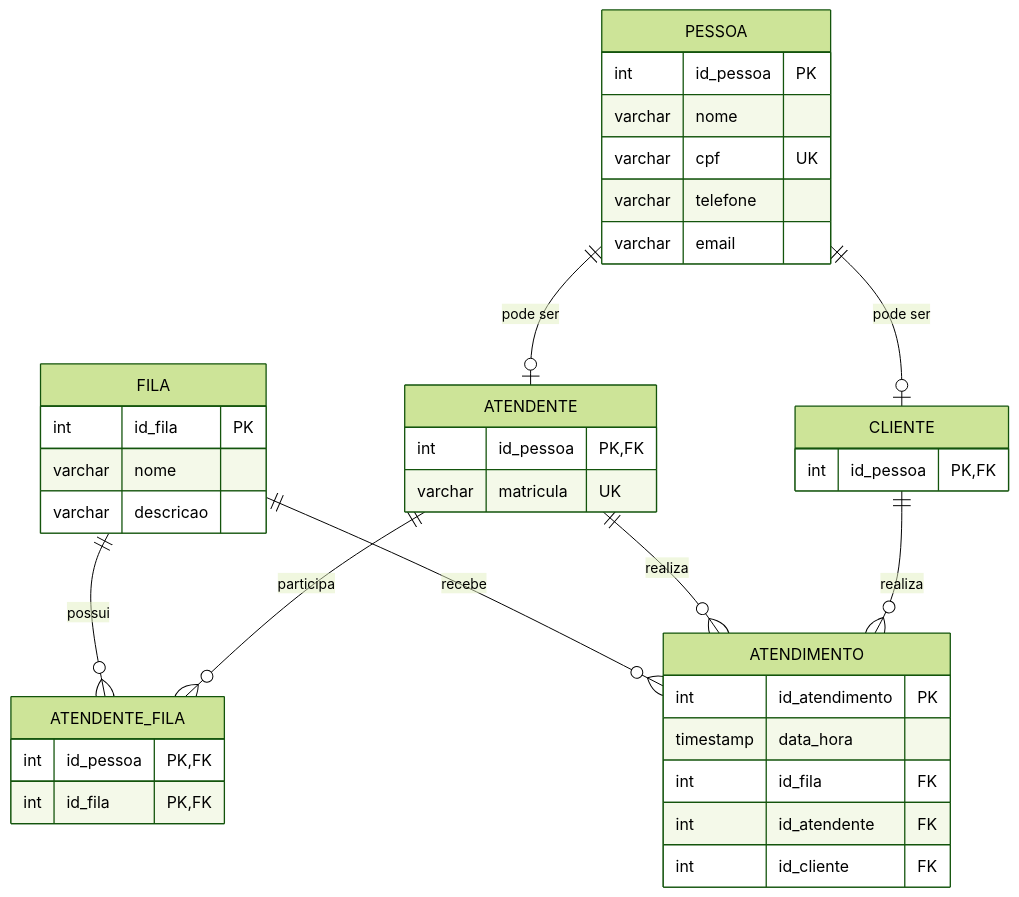
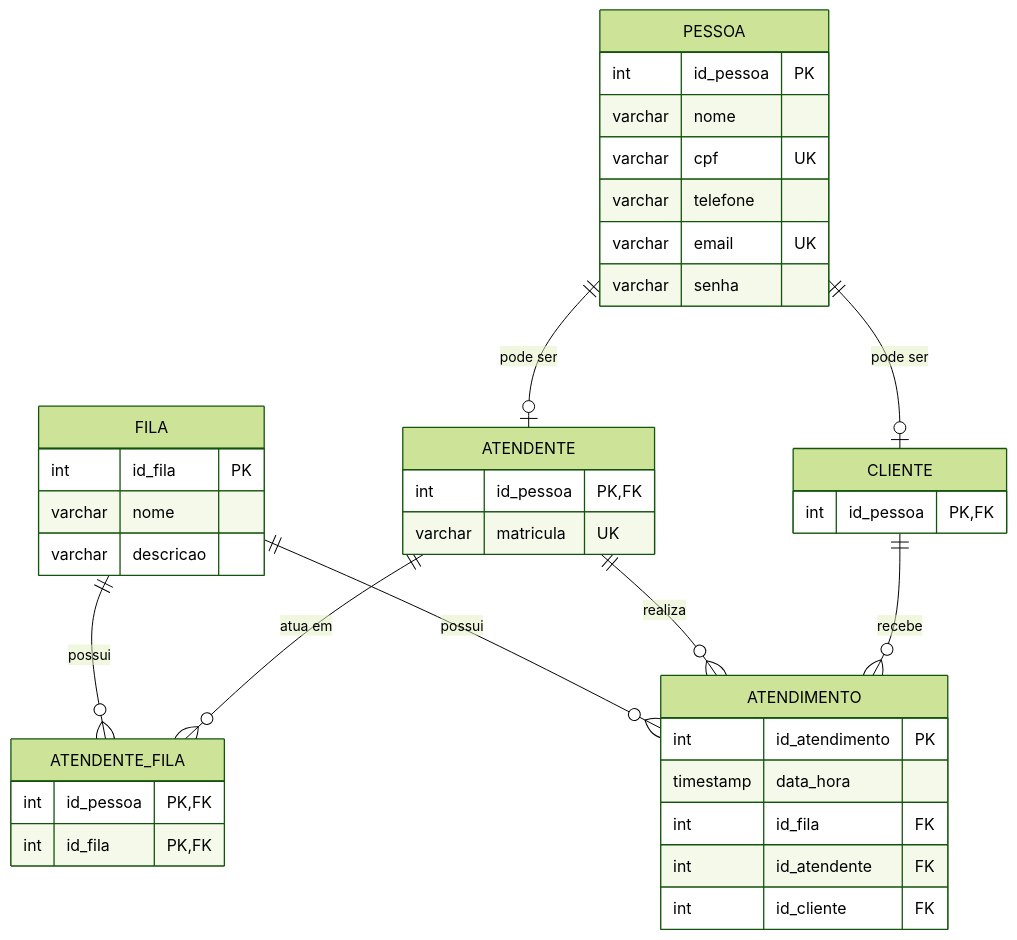
The diagram in readme.md (Livia2896/Projeto-Banco-de-dados-03), drawn with Mermaid (forest theme) before and after one commit. The commit also changed other lines of this file, not shown here.

````diff
--- a/readme.md
+++ b/readme.md
@@ -25,49 +27,50 @@
 ```mermaid
 erDiagram
 
     PESSOA ||--o| ATENDENTE : "pode ser"
     PESSOA ||--o| CLIENTE : "pode ser"
 
-    ATENDENTE ||--o{ ATENDENTE_FILA : participa
-    FILA ||--o{ ATENDENTE_FILA : possui
+    ATENDENTE ||--o{ ATENDENTE_FILA : "atua em"
+    FILA ||--o{ ATENDENTE_FILA : "possui"
 
-    CLIENTE ||--o{ ATENDIMENTO : realiza
-    ATENDENTE ||--o{ ATENDIMENTO : realiza
-    FILA ||--o{ ATENDIMENTO : recebe
+    CLIENTE ||--o{ ATENDIMENTO : "recebe"
+    ATENDENTE ||--o{ ATENDIMENTO : "realiza"
+    FILA ||--o{ ATENDIMENTO : "possui"
 
     PESSOA {
         int id_pessoa PK
         varchar nome
         varchar cpf UK
         varchar telefone
-        varchar email
+        varchar email UK
+        varchar senha
     }
 
     ATENDENTE {
         int id_pessoa PK, FK
         varchar matricula UK
     }
 
     CLIENTE {
         int id_pessoa PK, FK
     }
 
     FILA {
         int id_fila PK
         varchar nome
         varchar descricao
     }
 
     ATENDENTE_FILA {
         int id_pessoa PK, FK
         int id_fila PK, FK
     }
 
     ATENDIMENTO {
         int id_atendimento PK
         timestamp data_hora
         int id_fila FK
         int id_atendente FK
         int id_cliente FK
     }
 ```
````
